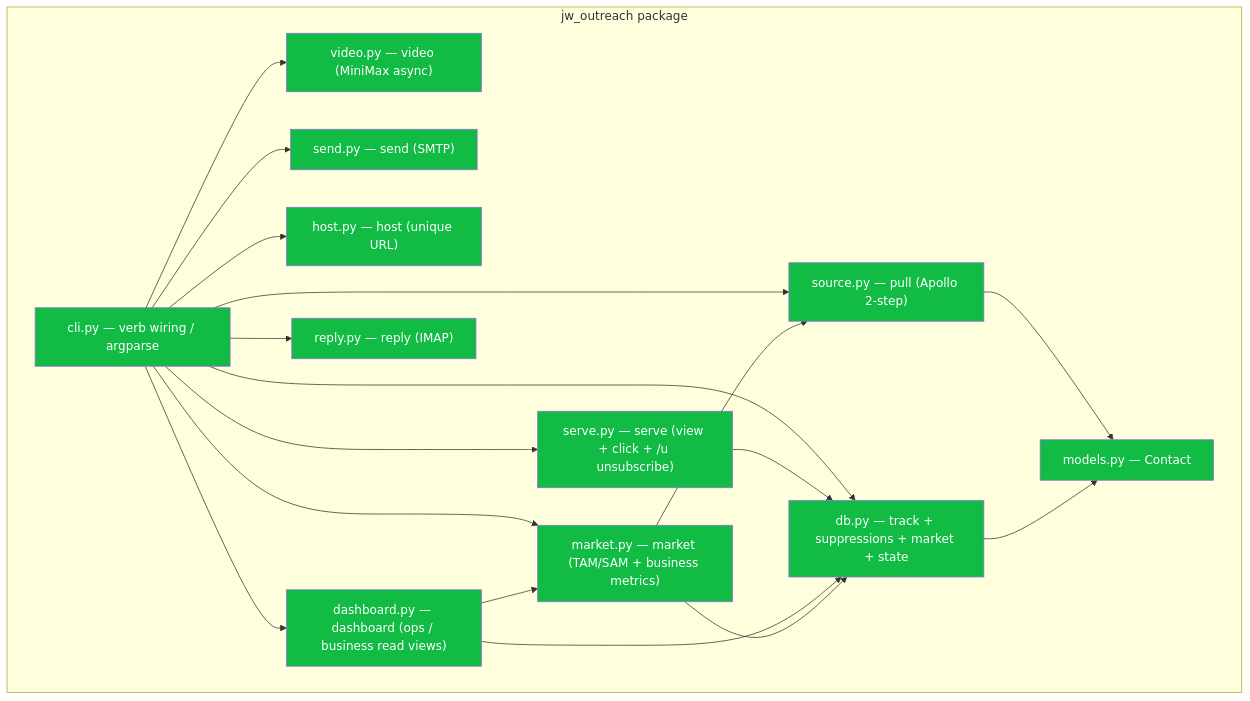
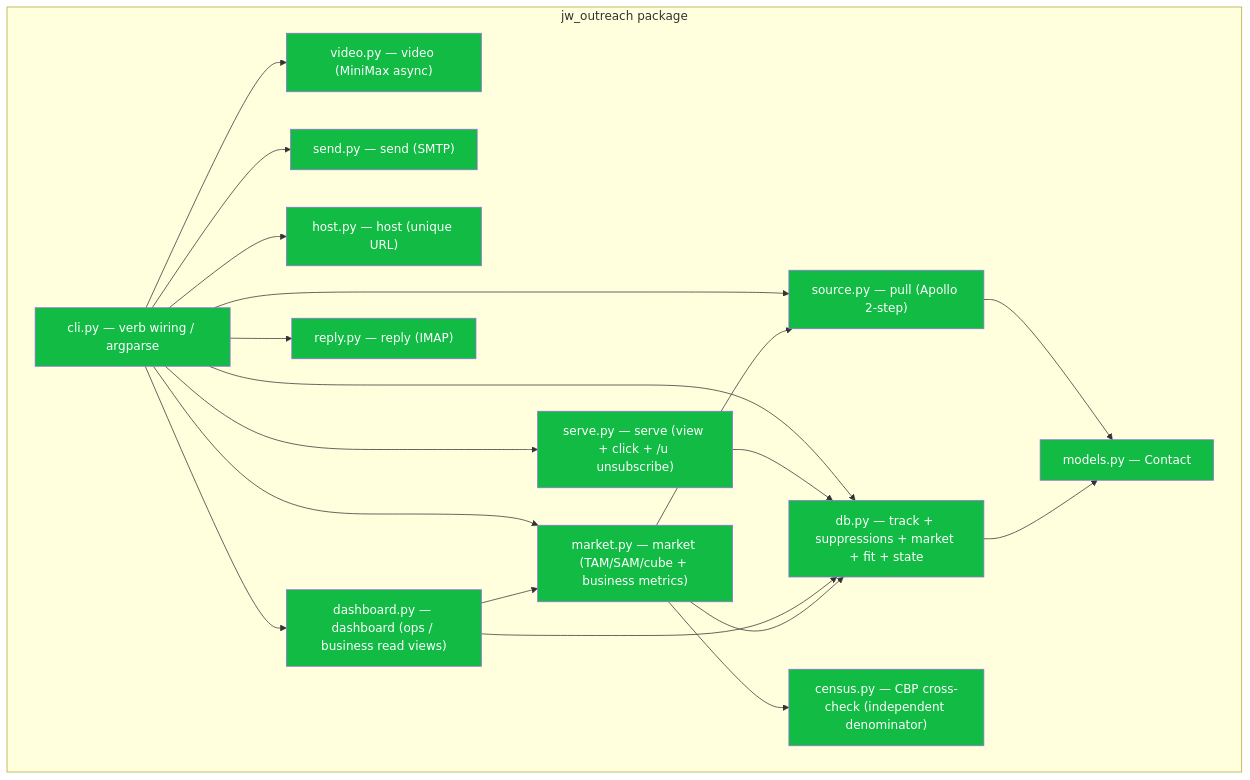
Before and after one commit to sancovp/twi-jobworld: the first of 9 diagrams in connectors/outreach/FLOWS.md, drawn with Mermaid. The commit also changed other lines of this file and 11 other files, not shown here.

First line of the commit message:
Market cross-check + fuller cube: TAM as a range, not one inflated number

````diff
--- a/connectors/outreach/FLOWS.md
+++ b/connectors/outreach/FLOWS.md
@@ -10,24 +10,25 @@
 ```mermaid
 flowchart TB
   subgraph pkg["jw_outreach package"]
     CLI["cli.py — verb wiring / argparse"]
     SRC["source.py — pull (Apollo 2-step)"]
     VID["video.py — video (MiniMax async)"]
     SND["send.py — send (SMTP)"]
     HST["host.py — host (unique URL)"]
     SRV["serve.py — serve (view + click + /u unsubscribe)"]
     DSH["dashboard.py — dashboard (ops / business read views)"]
-    MKT["market.py — market (TAM/SAM + business metrics)"]
+    MKT["market.py — market (TAM/SAM/cube + business metrics)"]
+    CEN["census.py — CBP cross-check (independent denominator)"]
     RPL["reply.py — reply (IMAP)"]
-    DBM["db.py — track + suppressions + market + state"]
+    DBM["db.py — track + suppressions + market + fit + state"]
     MOD["models.py — Contact"]
   end
   CLI --> SRC & VID & SND & HST & SRV & DSH & MKT & RPL & DBM
   SRC --> MOD
   DBM --> MOD
   SRV --> DBM
   DSH --> DBM & MKT
-  MKT --> DBM & SRC
+  MKT --> DBM & SRC & CEN
   classDef code fill:#1b4,color:#fff
-  class CLI,SRC,VID,SND,HST,SRV,DSH,MKT,RPL,DBM,MOD code
+  class CLI,SRC,VID,SND,HST,SRV,DSH,MKT,CEN,RPL,DBM,MOD code
 ```
````
